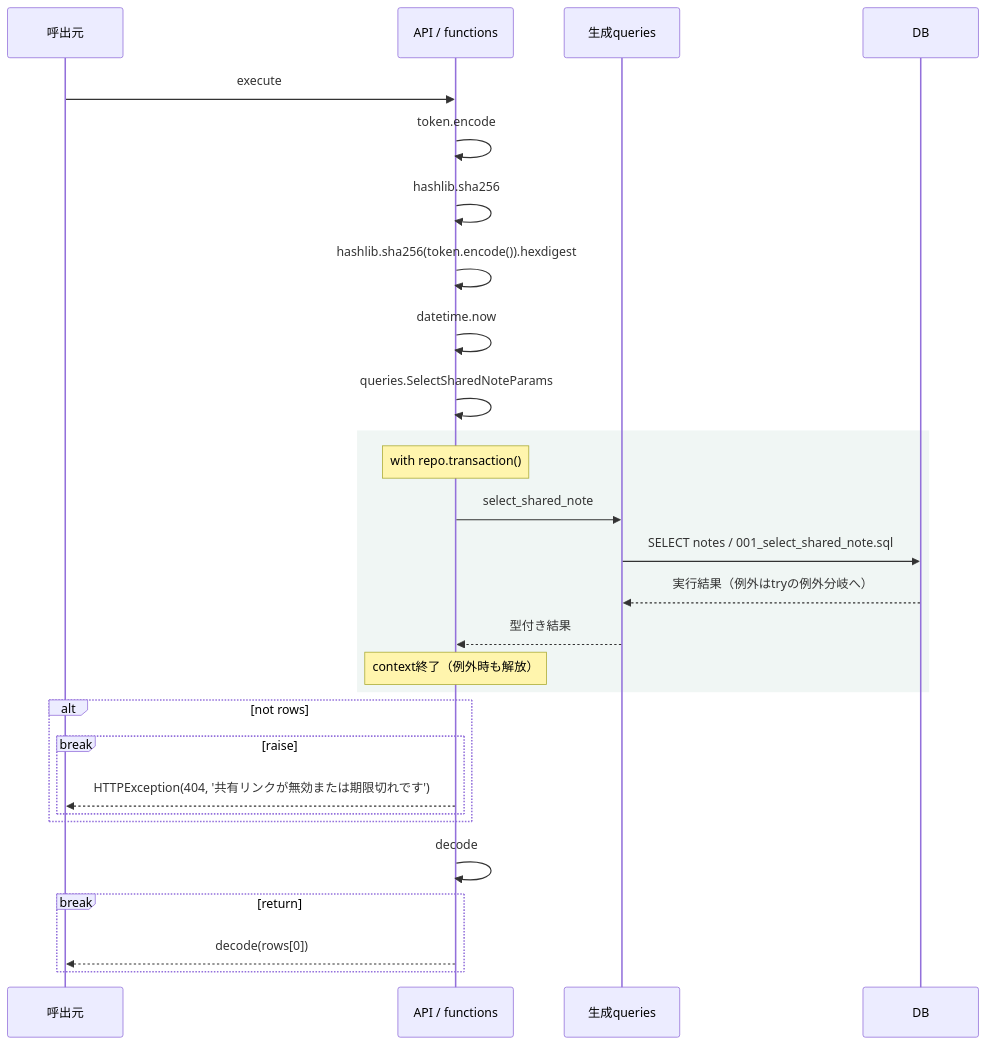
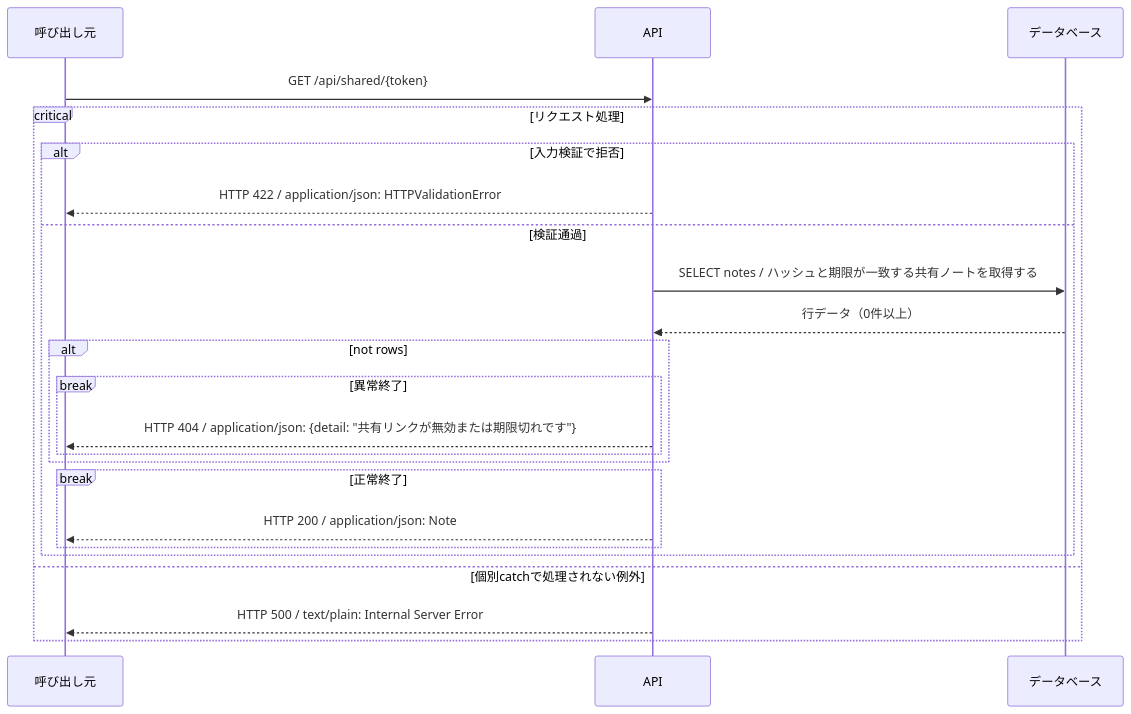
One commit to tsuji-tomonori/CornellNoteWebv2 changed the diagram in docs/generated/apis/get_shared/sequence.gen.md. Above: the diagram before and after it, drawn with Mermaid. The commit also changed other lines of this file and 30 other files, not shown here.

First line of the commit message:
📝 docs(sequence): API・DB・呼出元の分岐とHTTP応答を明確にする

````diff
--- a/docs/generated/apis/get_shared/sequence.gen.md
+++ b/docs/generated/apis/get_shared/sequence.gen.md
@@ -13,30 +21,25 @@
 ```mermaid
 sequenceDiagram
-    participant C as 呼出元
-    participant A as API / functions
-    participant Q as 生成queries
-    participant D as DB
-    C->>A: execute
-    A->>A: token.encode
-    A->>A: hashlib.sha256
-    A->>A: hashlib.sha256(token.encode()).hexdigest
-    A->>A: datetime.now
-    A->>A: queries.SelectSharedNoteParams
-    rect rgb(240, 246, 244)
-    Note over A: with repo.transaction()
-    A->>Q: select_shared_note
-    Q->>D: SELECT notes / 001_select_shared_note.sql
-    D-->>Q: 実行結果（例外はtryの例外分岐へ）
-    Q-->>A: 型付き結果
-    Note over A: context終了（例外時も解放）
-    end
+    participant C as 呼び出し元
+    participant A as API
+    participant D as データベース
+    C->>A: GET /api/shared/{token}
+    critical リクエスト処理
+    alt 入力検証で拒否
+    A-->>C: HTTP 422 / application/json: HTTPValidationError
+    else 検証通過
+    A->>D: SELECT notes / ハッシュと期限が一致する共有ノートを取得する
+    D-->>A: 行データ（0件以上）
     alt not rows
-    break raise
-    A-->>C: HTTPException(404, '共有リンクが無効または期限切れです')
+    break 異常終了
+    A-->>C: HTTP 404 / application/json: {detail: #quot;共有リンクが無効または期限切れです#quot;}
     end
     end
-    A->>A: decode
-    break return
-    A-->>C: decode(rows[0])
+    break 正常終了
+    A-->>C: HTTP 200 / application/json: Note
+    end
+    end
+    option 個別catchで処理されない例外
+    A-->>C: HTTP 500 / text/plain: Internal Server Error
     end
 ```
````
